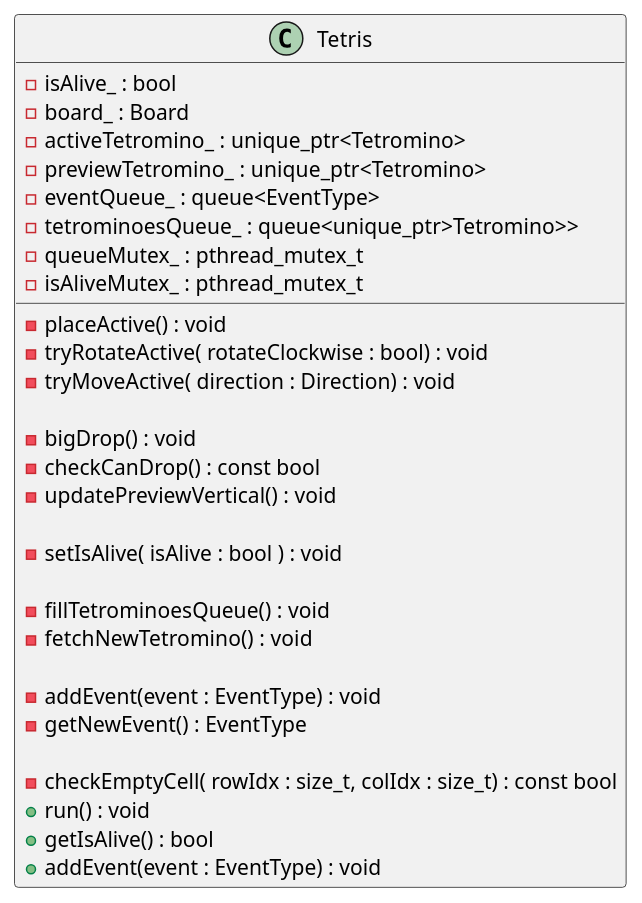
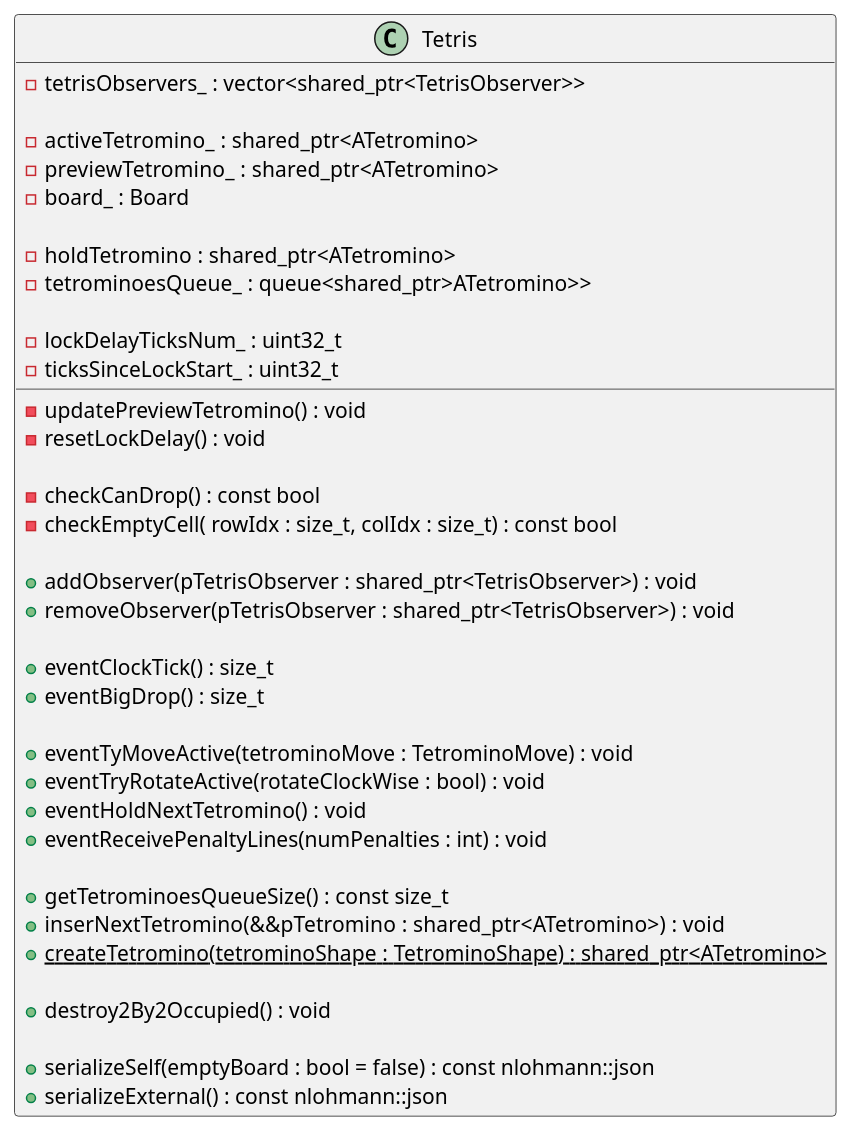
The diagram in doc/uml/class/game/tetris_lib/TetrisClass.plantuml (ulb-info2-group5/Royal-Blocks), drawn with PlantUML before and after one commit. The commit also changed 20 other files, not shown here.

Commit message:
update some class diagram in tetris_lib, changing the the bash script

```diff
--- a/doc/uml/class/game/tetris_lib/TetrisClass.plantuml
+++ b/doc/uml/class/game/tetris_lib/TetrisClass.plantuml
@@ -1,36 +1,42 @@
 @startuml (id=Tetris)
 
 class Tetris {
-    - isAlive_ : bool
+    - tetrisObservers_ : vector<shared_ptr<TetrisObserver>>
+
+    - activeTetromino_ : shared_ptr<ATetromino>
+    - previewTetromino_ : shared_ptr<ATetromino>
     - board_ : Board
-    - activeTetromino_ : unique_ptr<Tetromino>
-    - previewTetromino_ : unique_ptr<Tetromino>
-    - eventQueue_ : queue<EventType> 
-    - tetrominoesQueue_ : queue<unique_ptr>Tetromino>> 
-    - queueMutex_ : pthread_mutex_t
-    - isAliveMutex_ : pthread_mutex_t
 
-    - placeActive() : void 
-    - tryRotateActive( rotateClockwise : bool) : void
-    - tryMoveActive( direction : Direction) : void 
+    - holdTetromino : shared_ptr<ATetromino>
+    - tetrominoesQueue_ : queue<shared_ptr>ATetromino>> 
 
-    - bigDrop() : void
+    - lockDelayTicksNum_ : uint32_t 
+    - ticksSinceLockStart_ : uint32_t
+
+    - updatePreviewTetromino() : void
+    - resetLockDelay() : void
+
     - checkCanDrop() : const bool 
-    - updatePreviewVertical() : void
-
-    - setIsAlive( isAlive : bool ) : void
-
-    - fillTetrominoesQueue() : void
-    - fetchNewTetromino() : void
-
-    - addEvent(event : EventType) : void 
-    - getNewEvent() : EventType
-    
     - checkEmptyCell( rowIdx : size_t, colIdx : size_t) : const bool
 
+    + addObserver(pTetrisObserver : shared_ptr<TetrisObserver>) : void
+    + removeObserver(pTetrisObserver : shared_ptr<TetrisObserver>) : void
 
-    + run() : void
-    + getIsAlive() : bool 
-    + addEvent(event : EventType) : void
+    + eventClockTick() : size_t
+    + eventBigDrop() : size_t
+
+    + eventTyMoveActive(tetrominoMove : TetrominoMove) : void
+    + eventTryRotateActive(rotateClockWise : bool) : void
+    + eventHoldNextTetromino() : void
+    + eventReceivePenaltyLines(numPenalties : int) : void
+    
+    + getTetrominoesQueueSize() : const size_t
+    + inserNextTetromino(&&pTetromino : shared_ptr<ATetromino>) : void
+    + {static} createTetromino(tetrominoShape : TetrominoShape) : shared_ptr<ATetromino>
+    
+    + destroy2By2Occupied() : void
+
+    + serializeSelf(emptyBoard : bool = false) : const nlohmann::json
+    + serializeExternal() : const nlohmann::json
 }
 @enduml
```
